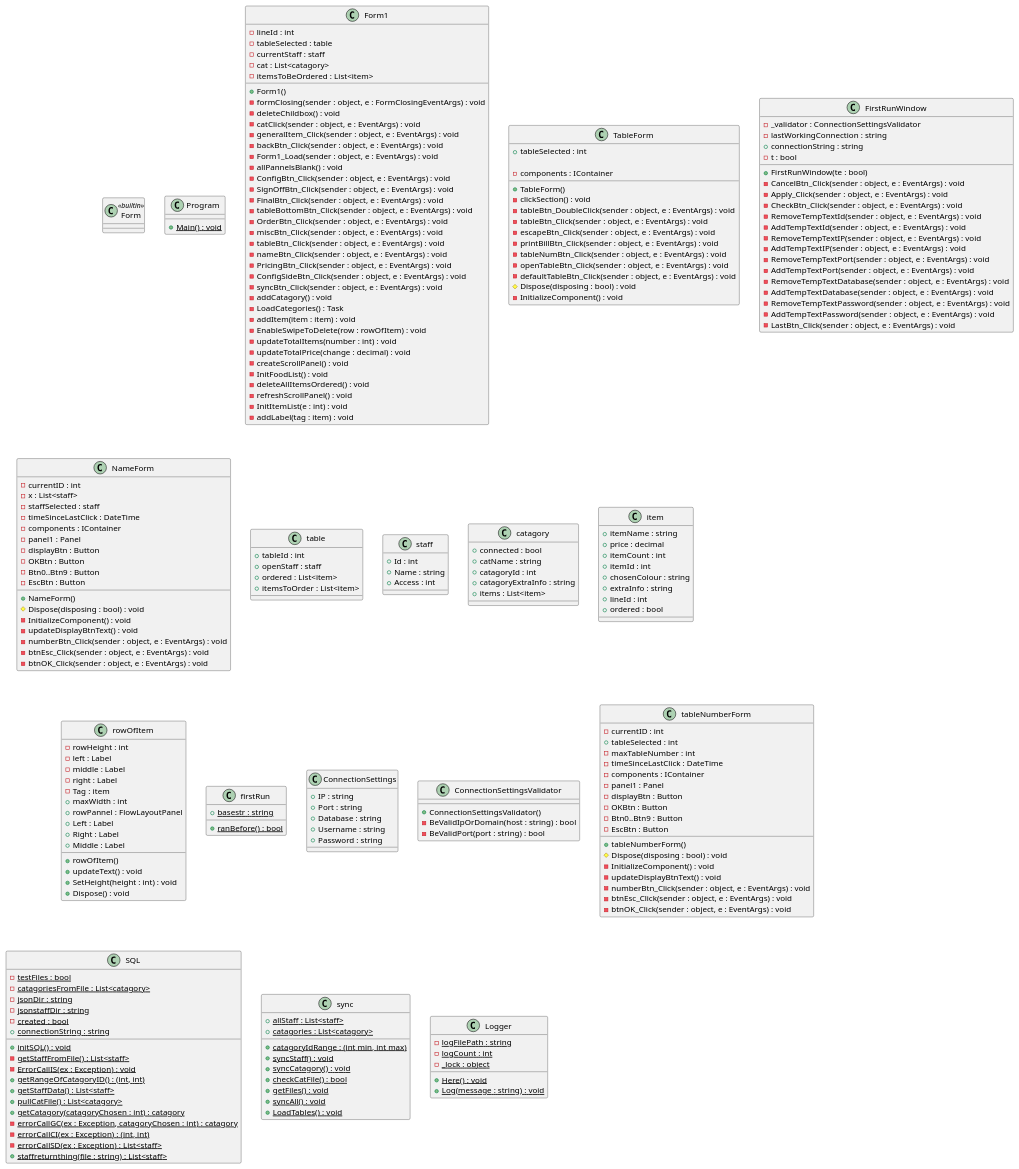
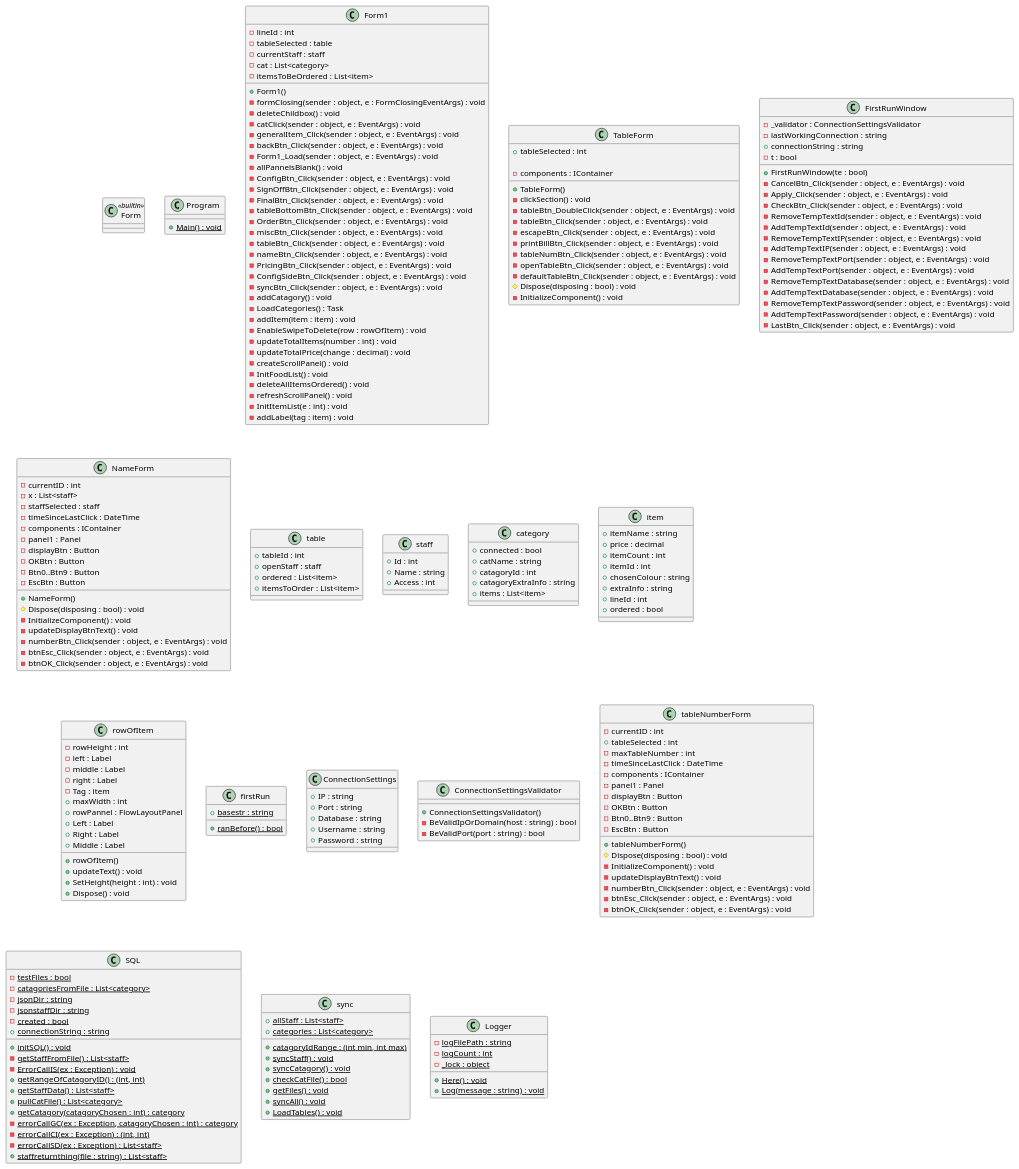
One commit to ffishstix/workcloneCS changed the diagram in diagrams/individual classes.puml. Above: the diagram before and after it, drawn with PlantUML. The commit also changed 12 other files, not shown here.

```diff
--- a/diagrams/individual classes.puml
+++ b/diagrams/individual classes.puml
@@ -10,7 +10,7 @@
   - lineId : int
   - tableSelected : table
   - currentStaff : staff
-  - cat : List<catagory>
+  - cat : List<category>
   - itemsToBeOrdered : List<item>
   
   + Form1()
@@ -120,7 +120,7 @@
   + Access : int
 }
 
-class catagory {
+class category {
   + connected : bool
   + catName : string
   + catagoryId : int
@@ -198,7 +198,7 @@
 
 class SQL {
   - {static} testFiles : bool
-  - {static} catagoriesFromFile : List<catagory>
+  - {static} catagoriesFromFile : List<category>
   - {static} jsonDir : string
   - {static} jsonstaffDir : string
   - {static} created : bool
@@ -209,9 +209,9 @@
   - {static} ErrorCallIS(ex : Exception) : void
   + {static} getRangeOfCatagoryID() : (int, int)
   + {static} getStaffData() : List<staff>
-  + {static} pullCatFile() : List<catagory>
-  + {static} getCatagory(catagoryChosen : int) : catagory
-  - {static} errorCallGC(ex : Exception, catagoryChosen : int) : catagory
+  + {static} pullCatFile() : List<category>
+  + {static} getCatagory(catagoryChosen : int) : category
+  - {static} errorCallGC(ex : Exception, catagoryChosen : int) : category
   - {static} errorCallCI(ex : Exception) : (int, int)
   - {static} errorCallSD(ex : Exception) : List<staff>
   + {static} staffreturnthing(file : string) : List<staff>
@@ -220,7 +220,7 @@
 class sync {
   + {static} catagoryIdRange : (int min, int max)
   + {static} allStaff : List<staff>
-  + {static} catagories : List<catagory>
+  + {static} categories : List<category>
   
   + {static} syncStaff() : void
   + {static} syncCatagory() : void
```
